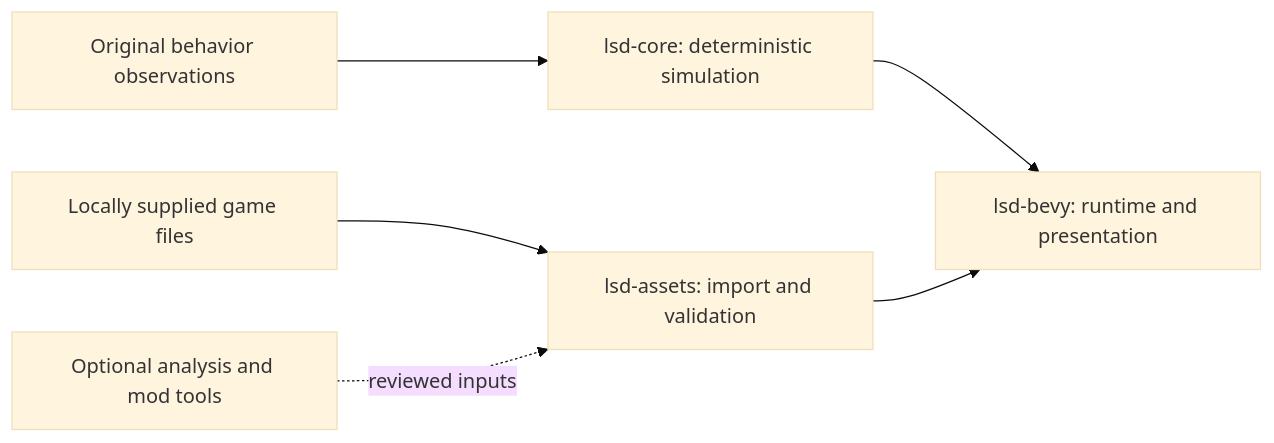
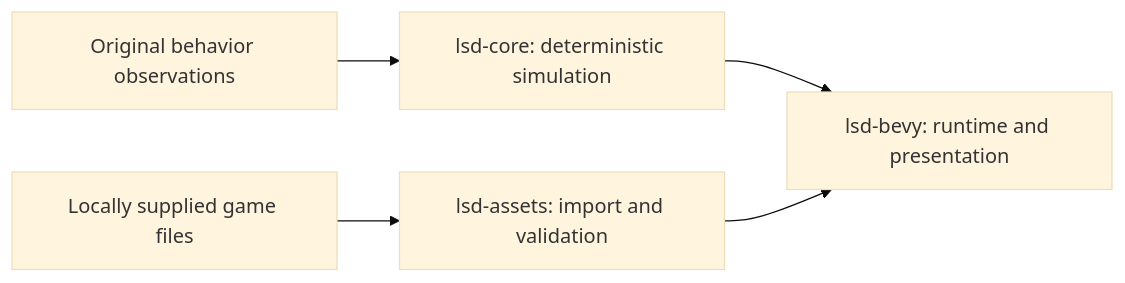
Before and after one commit to BaileyPillon/lsd-dream-emulator-bevy: the diagram in README.md, drawn with Mermaid (base theme). The commit also changed other lines of this file and 13 other files, not shown here.

````diff
--- a/README.md
+++ b/README.md
@@ -89,8 +81,7 @@
 ```mermaid
 flowchart LR
     Reference[Original behavior observations] --> Core[lsd-core: deterministic simulation]
     Local[Locally supplied game files] --> Assets[lsd-assets: import and validation]
     Core --> Runtime[lsd-bevy: runtime and presentation]
     Assets --> Runtime
-    Tools[Optional analysis and mod tools] -. reviewed inputs .-> Assets
 ```
````
